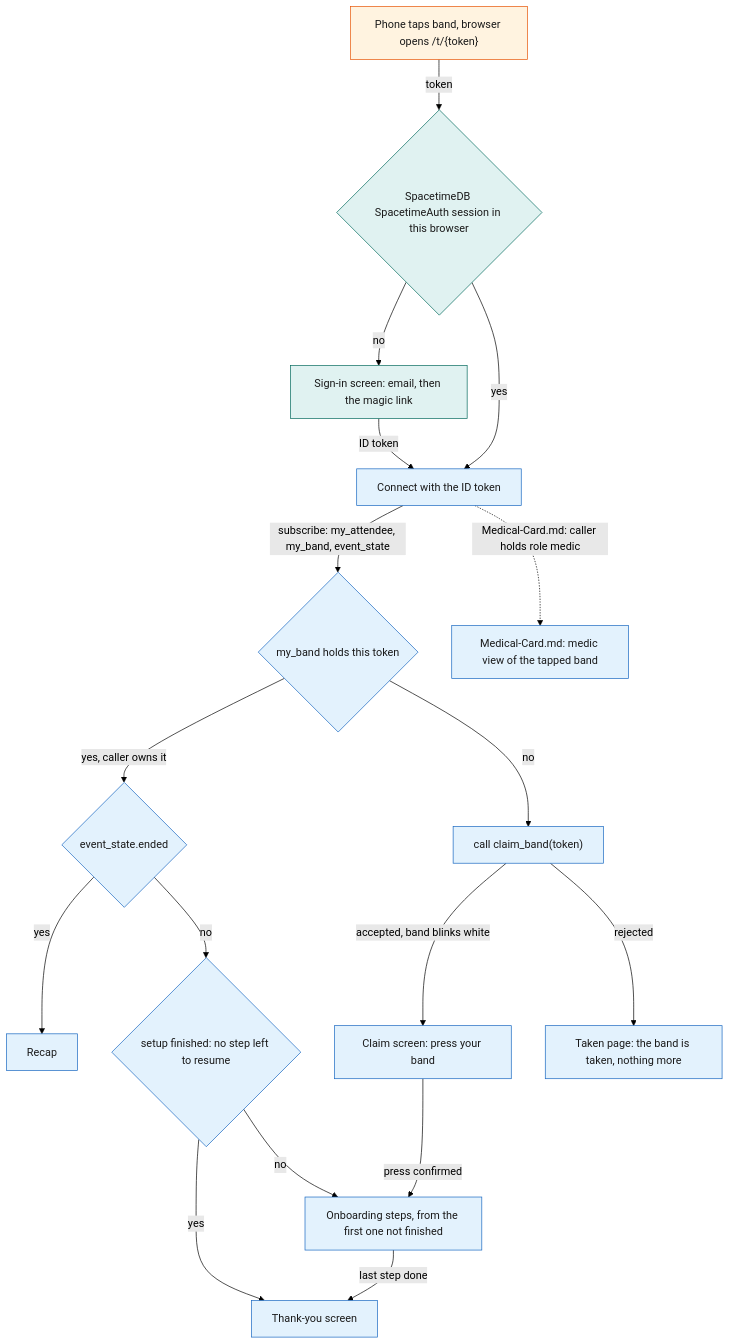
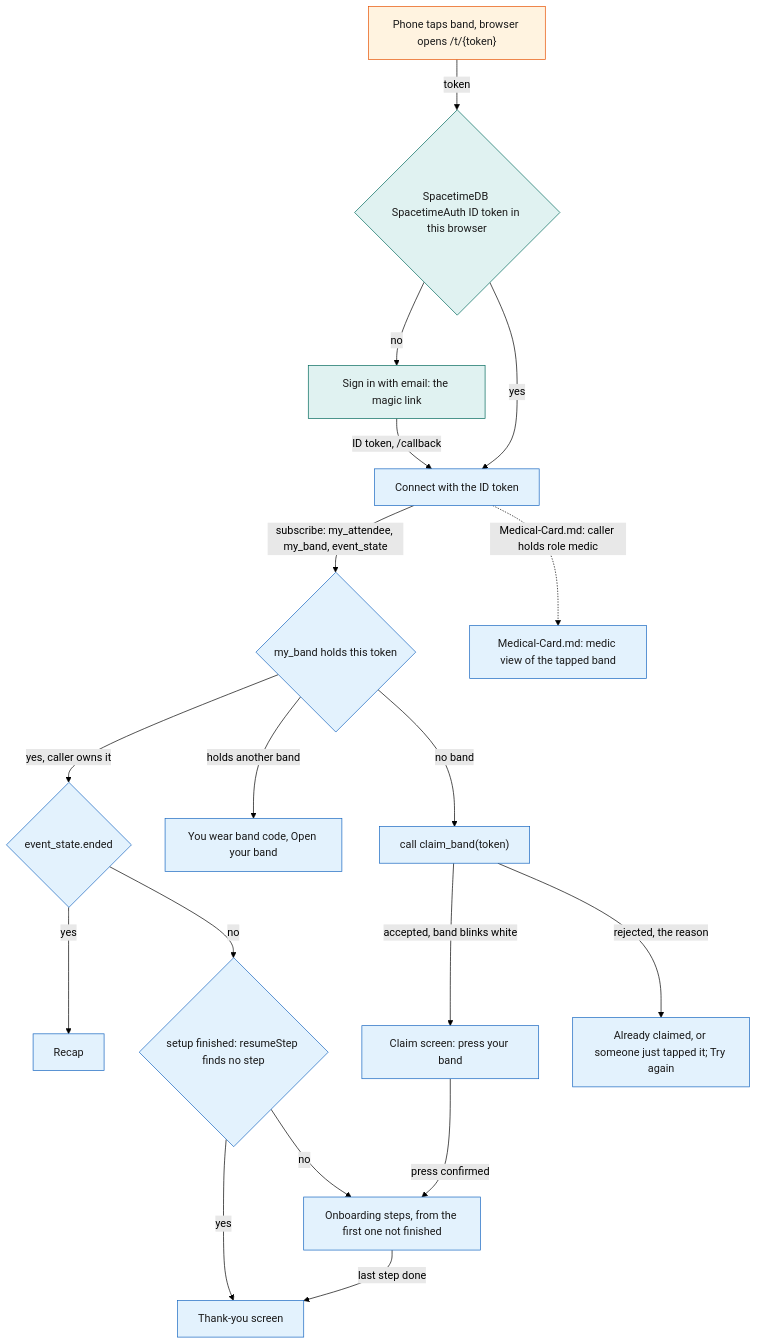
Before and after one commit to viktorinkov/cal-hacks-13: the first of 4 diagrams in System Design/5-apps/Tap-Page.md, drawn with Mermaid (forest theme). The commit also changed other lines of this file and 5 other files, not shown here.

````diff
--- a/System Design/5-apps/Tap-Page.md
+++ b/System Design/5-apps/Tap-Page.md
@@ -90,25 +94,26 @@
 ```mermaid
 flowchart TD
-    Tap["Phone taps band, browser opens /t/{token}"] -->|"token"| Sess{"SpacetimeDB SpacetimeAuth session in this browser"}
-    Sess -->|"no"| SignIn["Sign-in screen: email, then the magic link"]
-    SignIn -->|"ID token"| Conn["Connect with the ID token"]
+    Tap["Phone taps band, browser opens /t/{token}"] -->|"token"| Sess{"SpacetimeDB SpacetimeAuth ID token in this browser"}
+    Sess -->|"no"| SignIn["Sign in with email: the magic link"]
+    SignIn -->|"ID token, /callback"| Conn["Connect with the ID token"]
     Sess -->|"yes"| Conn
     Conn -->|"subscribe: my_attendee, my_band, event_state"| Mine{"my_band holds this token"}
     Mine -->|"yes, caller owns it"| Ended{"event_state.ended"}
     Ended -->|"yes"| Recap["Recap"]
-    Ended -->|"no"| Named{"setup finished: no step left to resume"}
+    Ended -->|"no"| Named{"setup finished: resumeStep finds no step"}
     Named -->|"yes"| Thanks["Thank-you screen"]
     Named -->|"no"| Onb["Onboarding steps, from the first one not finished"]
-    Mine -->|"no"| Start["call claim_band(token)"]
+    Mine -->|"holds another band"| Other["You wear band code, Open your band"]
+    Mine -->|"no band"| Start["call claim_band(token)"]
     Conn -.->|"Medical-Card.md: caller holds role medic"| Medic["Medical-Card.md: medic view of the tapped band"]
     Start -->|"accepted, band blinks white"| Claim["Claim screen: press your band"]
-    Start -->|"rejected"| Taken["Taken page: the band is taken, nothing more"]
+    Start -->|"rejected, the reason"| Taken["Already claimed, or someone just tapped it; Try again"]
     Claim -->|"press confirmed"| Onb
     Onb -->|"last step done"| Thanks
     classDef web fill:#E3F2FD,stroke:#1565C0,color:#1A1A1A
     classDef device fill:#FFF3E0,stroke:#E65100,color:#1A1A1A
     classDef ext fill:#E0F2F1,stroke:#00695C,color:#1A1A1A
-    class Conn,Mine,Ended,Named,Start,Claim,Onb,Thanks,Recap,Taken,Medic web
+    class Conn,Mine,Ended,Named,Start,Claim,Onb,Thanks,Recap,Taken,Medic,Other web
     class Tap device
     class Sess,SignIn ext
 ```
````
